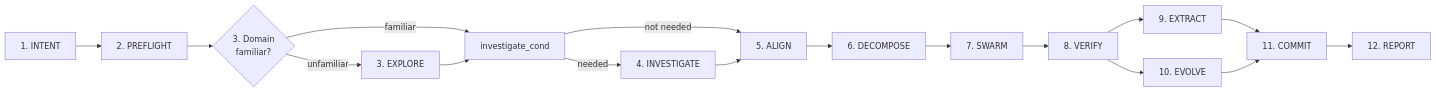
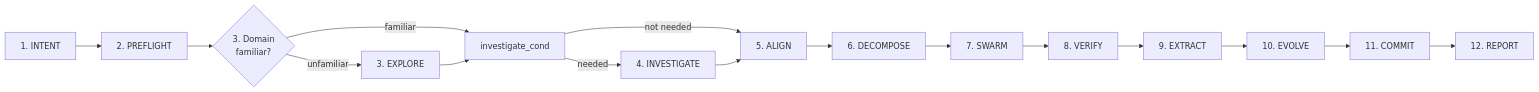
Before and after one commit to public-static-void/swarm: the diagram in agents/overseer.md, drawn with Mermaid. The commit also changed other lines of this file, not shown here.

````diff
--- a/agents/overseer.md
+++ b/agents/overseer.md
@@ -39,20 +39,19 @@
 ```mermaid
     flowchart LR
     INTENT[1. INTENT] --> PREFLIGHT[2. PREFLIGHT]
     PREFLIGHT --> explore_cond{3. Domain<br/>familiar?}
 
     explore_cond -->|unfamiliar| EXPLORE[3. EXPLORE]
     explore_cond -->|familiar| investigate_cond
     EXPLORE[3. EXPLORE] --> investigate_cond
 
     investigate_cond -->|needed| INVESTIGATE[4. INVESTIGATE]
     investigate_cond -->|not needed| ALIGN[5. ALIGN]
     INVESTIGATE[4. INVESTIGATE] --> ALIGN[5. ALIGN]
 
     ALIGN[5. ALIGN] --> DECOMPOSE[6. DECOMPOSE] --> SWARM[7. SWARM] --> VERIFY[8. VERIFY]
     VERIFY[8. VERIFY] --> EXTRACT[9. EXTRACT]
-    VERIFY[8. VERIFY] --> EVOLVE[10. EVOLVE]
-    EXTRACT[9. EXTRACT] --> COMMIT[11. COMMIT]
+    EXTRACT[9. EXTRACT] --> EVOLVE[10. EVOLVE]
     EVOLVE[10. EVOLVE] --> COMMIT[11. COMMIT]
     COMMIT[11. COMMIT] --> REPORT[12. REPORT]
 ```
````
